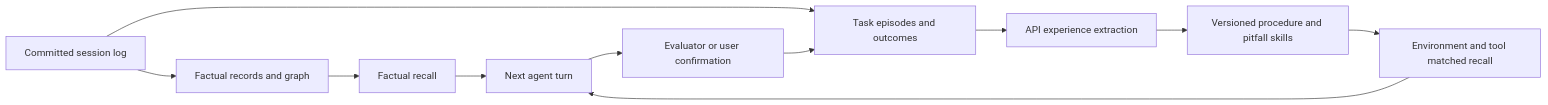
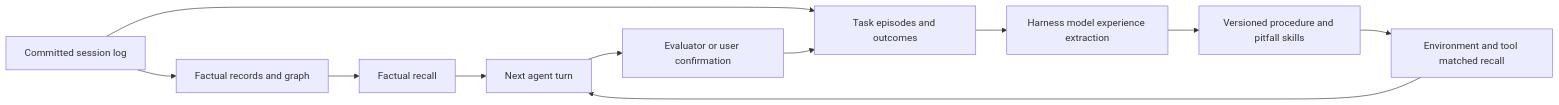
Before and after one commit to CenYangtze/dsh-advanced-mem-plugin: the diagram in README.md, drawn with Mermaid. The commit also changed other lines of this file and 11 other files, not shown here.

Commit message:
feat: reuse Harness models for experience extraction

````diff
--- a/README.md
+++ b/README.md
@@ -7,13 +7,13 @@
 ```mermaid
 flowchart LR
   L[Committed session log] --> F[Factual records and graph]
   L --> E[Task episodes and outcomes]
-  E --> D[API experience extraction]
+  E --> D[Harness model experience extraction]
   D --> S[Versioned procedure and pitfall skills]
   F --> FR[Factual recall]
   S --> ER[Environment and tool matched recall]
   FR --> T[Next agent turn]
   ER --> T
   V[Evaluator or user confirmation] --> E
   T --> V
 ```
````
